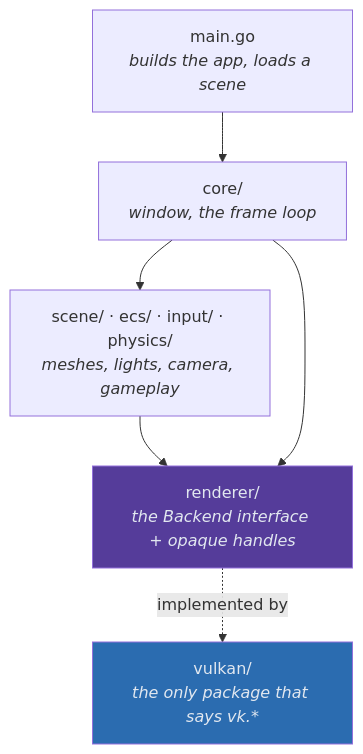
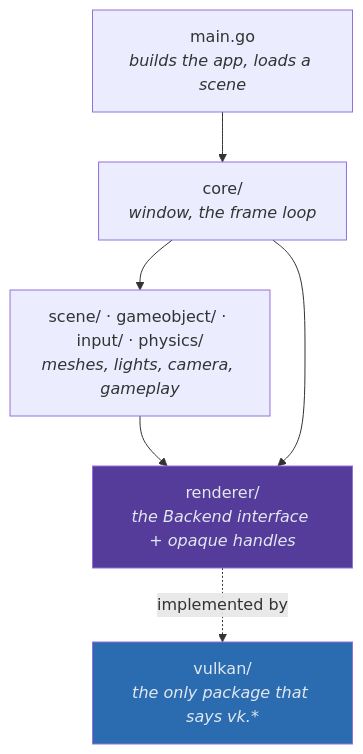
The first of 4 diagrams in notes/OVERVIEW.md (Zephyr75/overdrive), drawn with Mermaid before and after one commit. The commit also changed other lines of this file and 42 other files, not shown here.

````diff
--- a/notes/OVERVIEW.md
+++ b/notes/OVERVIEW.md
@@ -13,11 +13,11 @@
 ```mermaid
 graph TD
     M["main.go<br/><i>builds the app, loads a scene</i>"] --> C["core/<br/><i>window, the frame loop</i>"]
-    C --> S["scene/ · ecs/ · input/ · physics/<br/><i>meshes, lights, camera, gameplay</i>"]
+    C --> S["scene/ · gameobject/ · input/ · physics/<br/><i>meshes, lights, camera, gameplay</i>"]
     S --> R["renderer/<br/><i>the Backend interface + opaque handles</i>"]
     C --> R
     R -.->|"implemented by"| V["vulkan/<br/><i>the only package that says vk.*</i>"]
 
     style R fill:#553c9a,color:#e2e8f0
     style V fill:#2b6cb0,color:#e2e8f0
 ```
````
